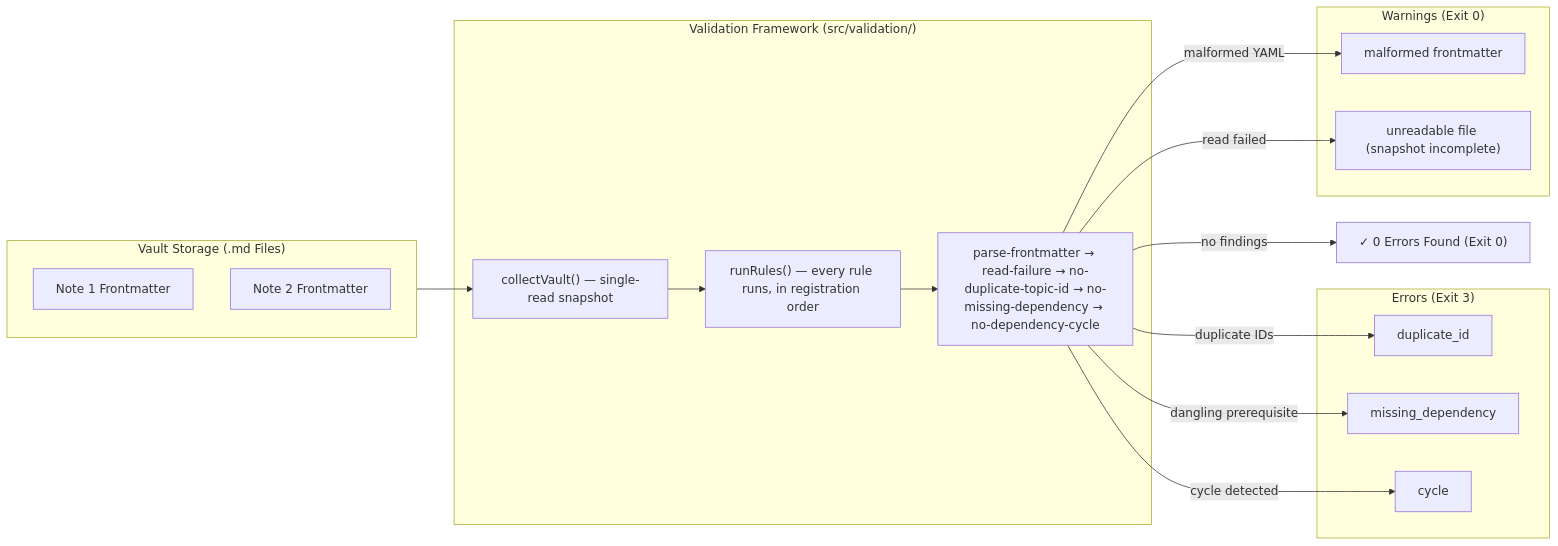
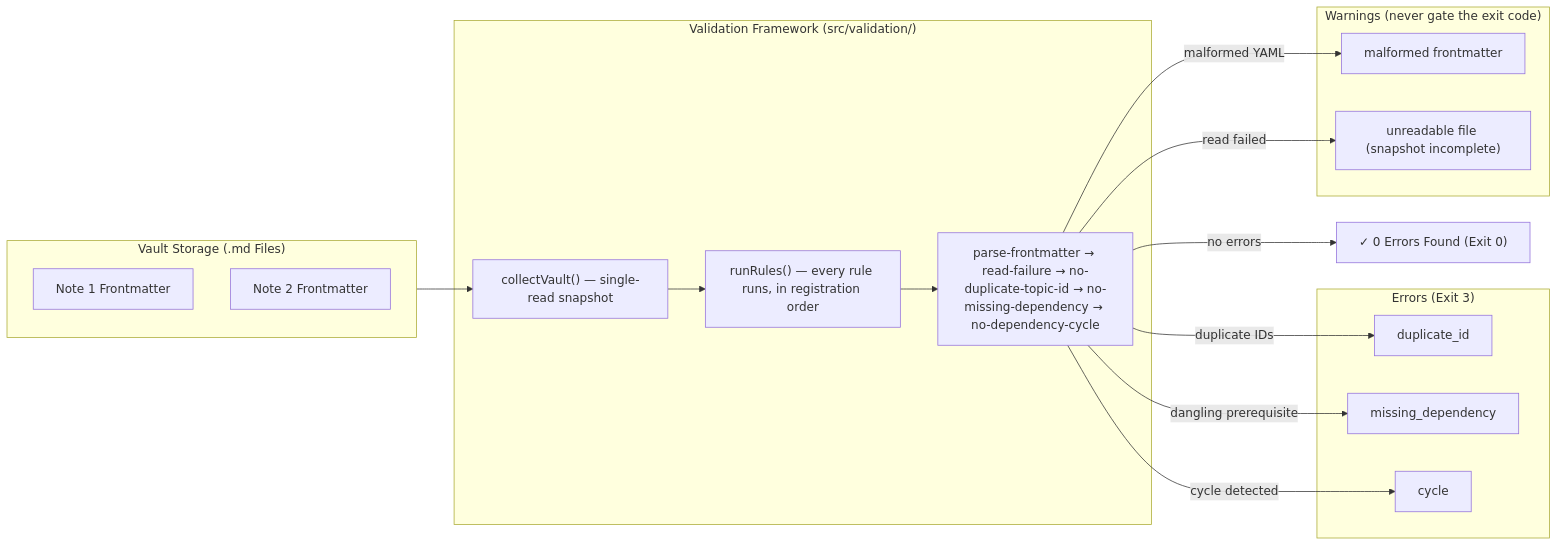
The second of 2 diagrams in docs/02-3-reporting-commands.md (Kuldeep2822k/cli), drawn with Mermaid before and after one commit.

Commit message:
docs(validate): fix flowchart exit-code labels for mixed warnings+errors runs
The 'Warnings (Exit 0)' subgraph label misstated mixed-result runs —
warnings reported alongside errors still exit 3. The label now says
warnings never gate the exit code, and the success edge reads 'no
errors' (warnings-only runs print the pass line and exit 0).

````diff
--- a/docs/02-3-reporting-commands.md
+++ b/docs/02-3-reporting-commands.md
@@ -197,34 +197,34 @@
 ```mermaid
 flowchart LR
     subgraph Storage ["Vault Storage (.md Files)"]
         FM1["Note 1 Frontmatter"]
         FM2["Note 2 Frontmatter"]
     end
     
     subgraph Analyzer ["Validation Framework (src/validation/)"]
         Scan["collectVault() — single-read snapshot"]
         Runner["runRules() — every rule runs, in registration order"]
         Rules["parse-frontmatter → read-failure → no-duplicate-topic-id → no-missing-dependency → no-dependency-cycle"]
     end
     
     subgraph Errors ["Errors (Exit 3)"]
         ErrDup["duplicate_id"]
         ErrMiss["missing_dependency"]
         ErrCyc["cycle"]
     end
 
-    subgraph Warnings ["Warnings (Exit 0)"]
+    subgraph Warnings ["Warnings (never gate the exit code)"]
         WarnParse["malformed frontmatter"]
         WarnRead["unreadable file (snapshot incomplete)"]
     end
     
     Storage --> Scan
     Scan --> Runner
     Runner --> Rules
     Rules -->|"duplicate IDs"| ErrDup
     Rules -->|"dangling prerequisite"| ErrMiss
     Rules -->|"cycle detected"| ErrCyc
     Rules -->|"malformed YAML"| WarnParse
     Rules -->|"read failed"| WarnRead
-    Rules -->|"no findings"| Success["✓ 0 Errors Found (Exit 0)"]
+    Rules -->|"no errors"| Success["✓ 0 Errors Found (Exit 0)"]
 ```
````
